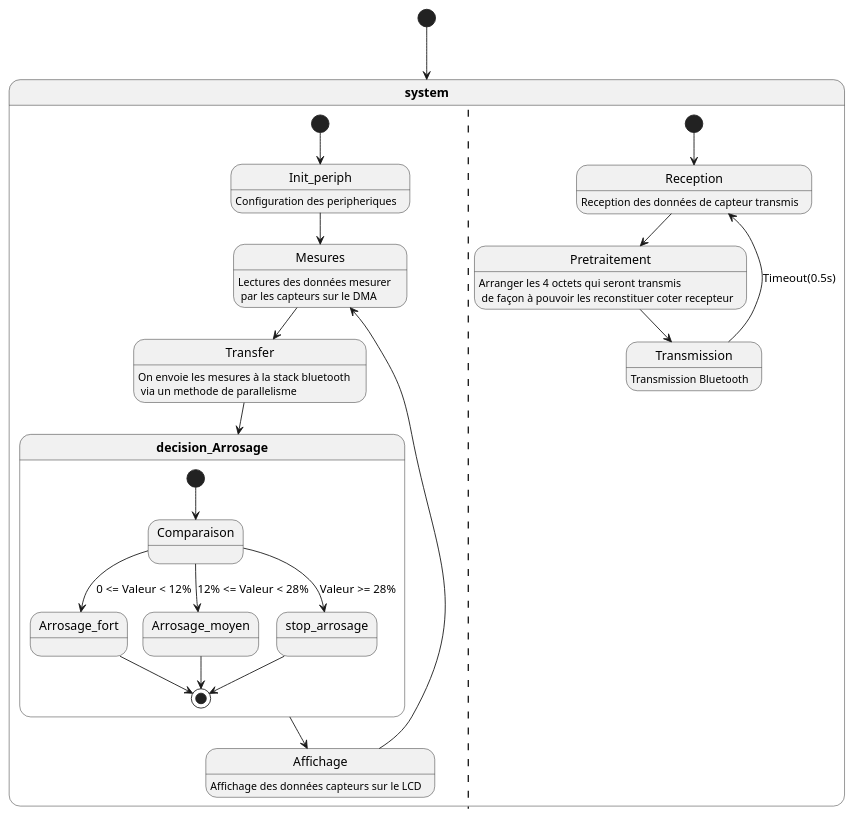
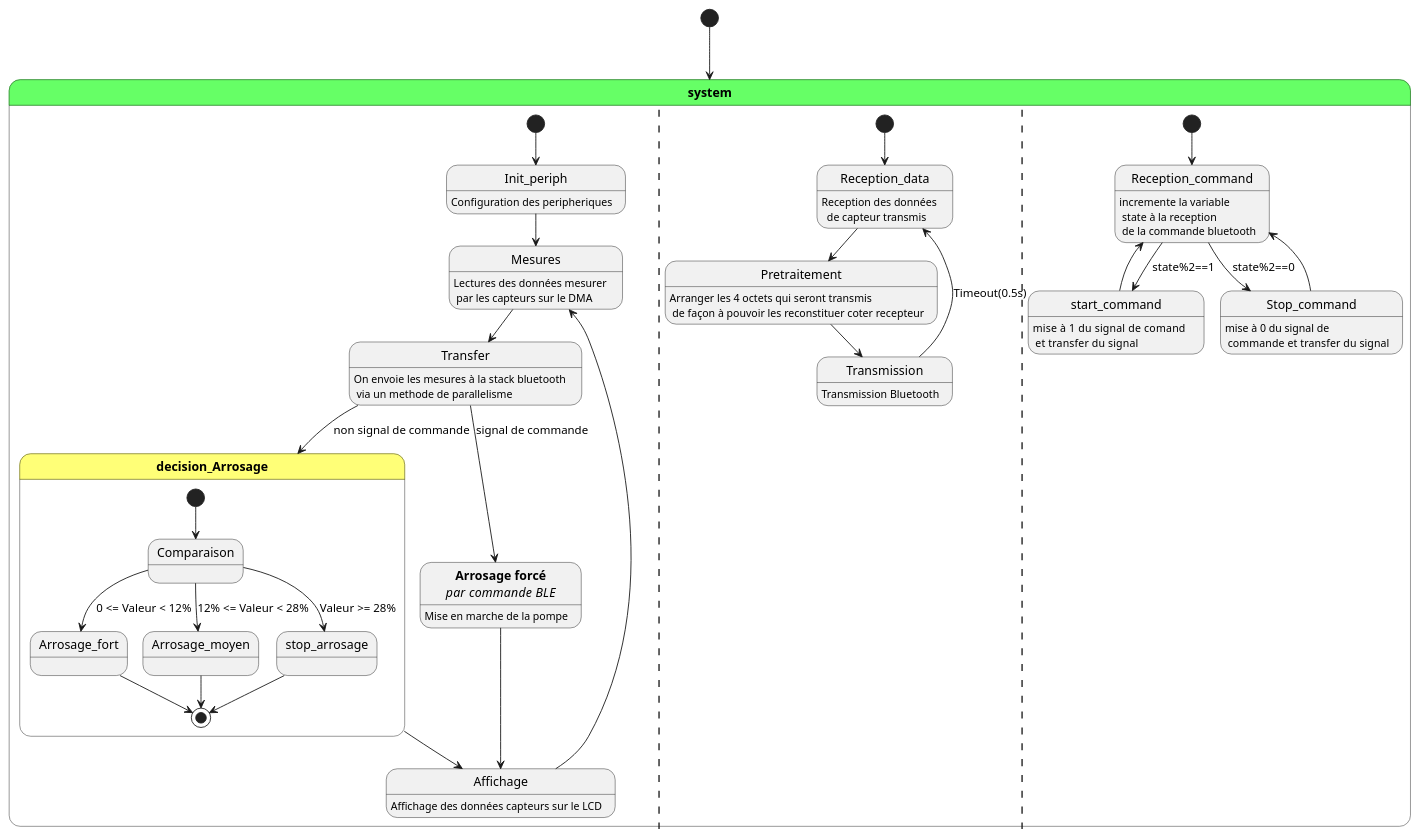
Before and after one commit to dibreyjonatan/STM32_2026_G14: the diagram in Rapport/Machine_etat/system.puml, drawn with PlantUML. The commit also changed 2 other files, not shown here.

```diff
--- a/Rapport/Machine_etat/system.puml
+++ b/Rapport/Machine_etat/system.puml
@@ -1,41 +1,57 @@
 @startuml
 
 state "<b>system</b>" as system 
 [*] --> system 
-state system{
+state system #66FF66{
  state Init_periph : Configuration des peripheriques 
  state Mesures : Lectures des données mesurer \n par les capteurs sur le DMA
  state Affichage : Affichage des données capteurs sur le LCD 
  state Transfer : On envoie les mesures à la stack bluetooth \n via un methode de parallelisme
   
  [*] --> Init_periph 
  Init_periph --> Mesures  
  Mesures --> Transfer 
- Transfer --> decision_Arrosage 
- state "<b>decision_Arrosage</b>" as decision_Arrosage {
+ Transfer --> decision_Arrosage : non signal de commande 
+ state "<b>decision_Arrosage</b>" as decision_Arrosage #FFFF77{
  [*] --> Comparaison 
  Comparaison --> Arrosage_fort : 0 <= Valeur < 12%
  Comparaison --> Arrosage_moyen : 12% <= Valeur < 28%
  Comparaison --> stop_arrosage : Valeur >= 28%
 
  Arrosage_fort --> [*]
  Arrosage_moyen --> [*]
  stop_arrosage --> [*] 
  }
- 
+ state "<b>Arrosage forcé</b>\n <I> par commande  BLE </I> " as Arrosage_forcé : Mise en marche de la pompe
+ Transfer --> Arrosage_forcé : signal de commande 
+ Arrosage_forcé -->  Affichage
  decision_Arrosage --> Affichage 
  Affichage --> Mesures 
 
  ||
- state Reception : Reception des données de capteur transmis 
+ state Reception_data : Reception des données \n  de capteur transmis 
  state Transmission : Transmission Bluetooth 
  state Pretraitement : Arranger les 4 octets qui seront transmis \n de façon à pouvoir les reconstituer coter recepteur
 
- [*] --> Reception 
- Reception --> Pretraitement
+ [*] --> Reception_data 
+ Reception_data --> Pretraitement
  Pretraitement --> Transmission
- Transmission --> Reception : Timeout(0.5s) 
+ Transmission --> Reception_data : Timeout(0.5s) 
 
+
+ || 
+/'state Reception_command : incremente la variable \n state à la reception \n de la commande bluetooth
+ state start_command : Demarrage forcé de l'arrosage
+ state Stop_command : Arret du forcage \n  et reprise de l'asservissement \n par le bluetooth 
+'/
+ state Reception_command : incremente la variable \n state à la reception \n de la commande bluetooth
+ state start_command : mise  à 1 du signal  de comand  \n et  transfer du signal  
+ state Stop_command : mise à 0 du signal de \n commande et  transfer du signal 
+ [*] --> Reception_command
+ Reception_command --> start_command : state%2==1 
+ Reception_command --> Stop_command : state%2==0
+ start_command -left-> Reception_command
+ Stop_command -right-> Reception_command 
 }
 
 @enduml 
```
